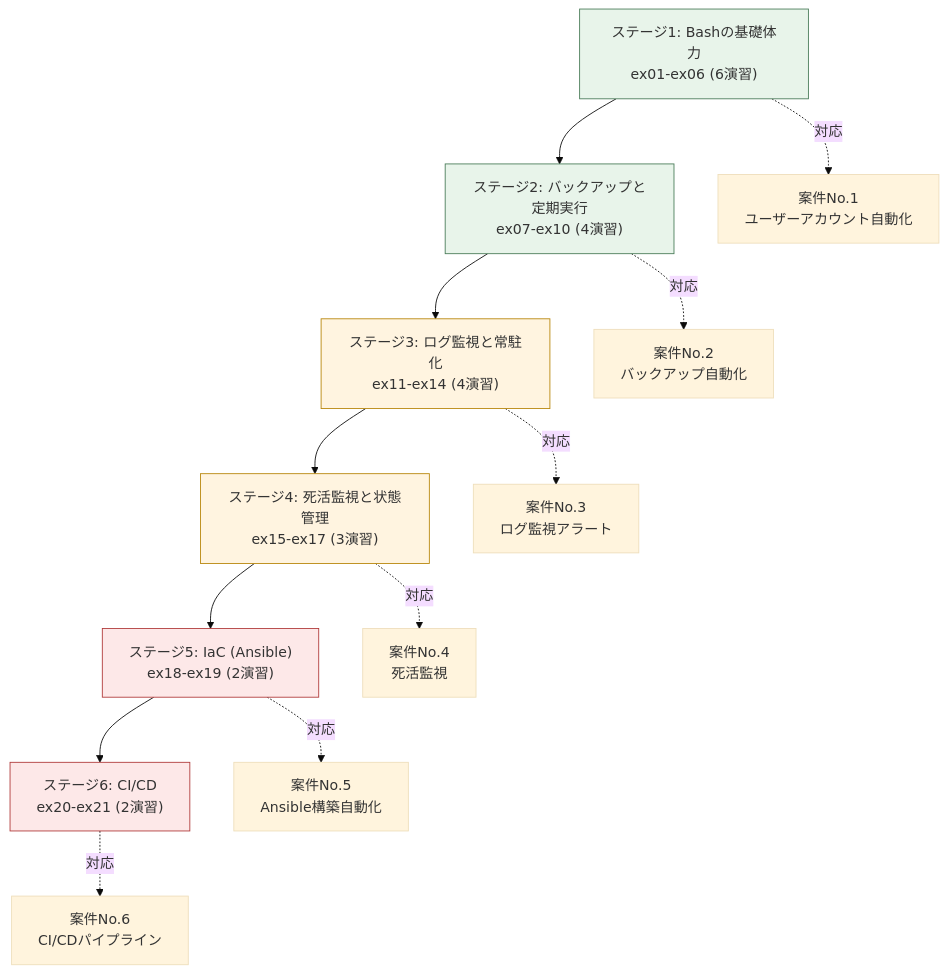
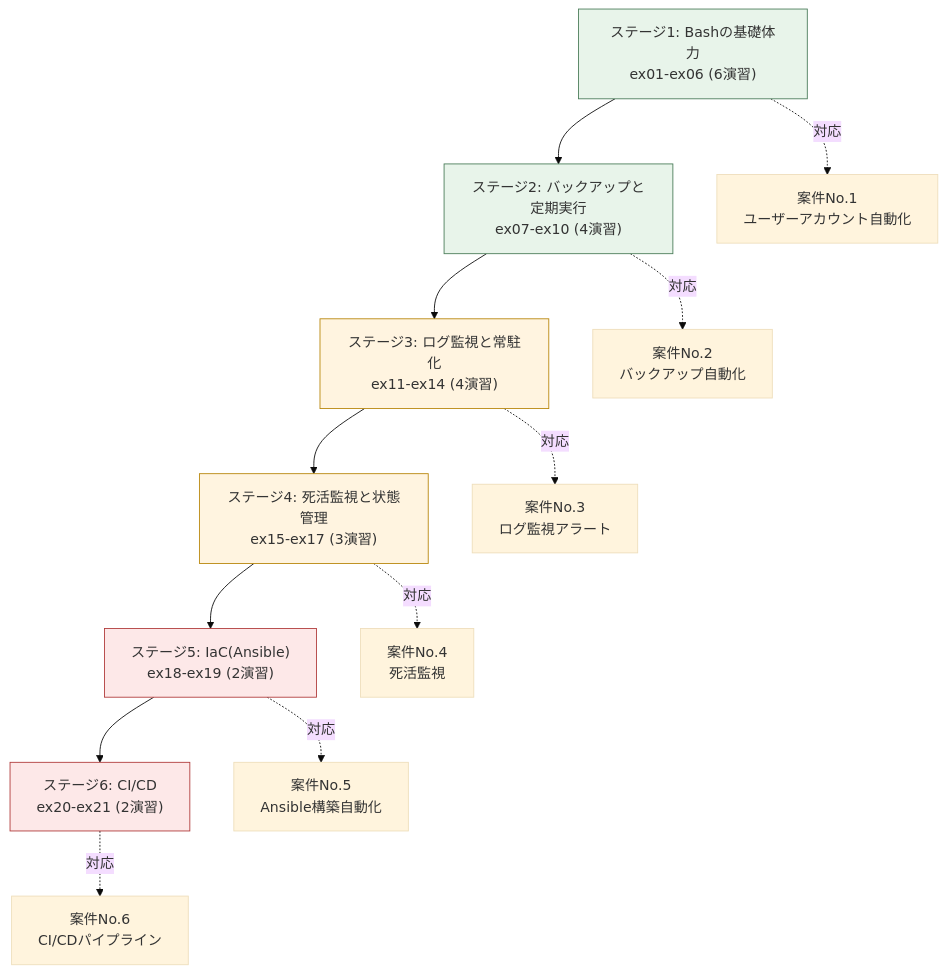
Before and after one commit to ns7jp/automation: the second of 3 diagrams in exercises/docs/01-design.md, drawn with Mermaid (base theme). The commit also changed other lines of this file and 48 other files, not shown here.

````diff
--- a/exercises/docs/01-design.md
+++ b/exercises/docs/01-design.md
@@ -134,22 +134,22 @@
 ```mermaid
 flowchart TD
     S1["ステージ1: Bashの基礎体力<br/>ex01-ex06 (6演習)"] --> S2["ステージ2: バックアップと定期実行<br/>ex07-ex10 (4演習)"]
     S2 --> S3["ステージ3: ログ監視と常駐化<br/>ex11-ex14 (4演習)"]
     S3 --> S4["ステージ4: 死活監視と状態管理<br/>ex15-ex17 (3演習)"]
-    S4 --> S5["ステージ5: IaC (Ansible)<br/>ex18-ex19 (2演習)"]
+    S4 --> S5["ステージ5: IaC(Ansible)<br/>ex18-ex19 (2演習)"]
     S5 --> S6["ステージ6: CI/CD<br/>ex20-ex21 (2演習)"]
 
     S1 -.対応.-> P1["案件No.1<br/>ユーザーアカウント自動化"]
     S2 -.対応.-> P2["案件No.2<br/>バックアップ自動化"]
     S3 -.対応.-> P3["案件No.3<br/>ログ監視アラート"]
     S4 -.対応.-> P4["案件No.4<br/>死活監視"]
     S5 -.対応.-> P5["案件No.5<br/>Ansible構築自動化"]
     S6 -.対応.-> P6["案件No.6<br/>CI/CDパイプライン"]
 
     style S1 fill:#e8f4ea,stroke:#4a7c59
     style S2 fill:#e8f4ea,stroke:#4a7c59
     style S3 fill:#fff4e0,stroke:#b8860b
     style S4 fill:#fff4e0,stroke:#b8860b
     style S5 fill:#fde8e8,stroke:#b03a3a
     style S6 fill:#fde8e8,stroke:#b03a3a
 ```
````
